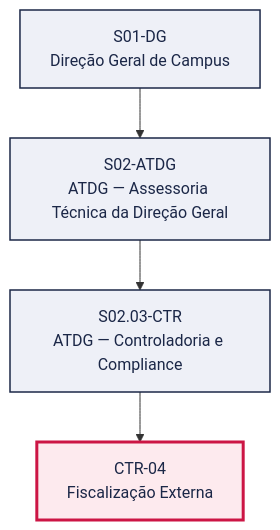
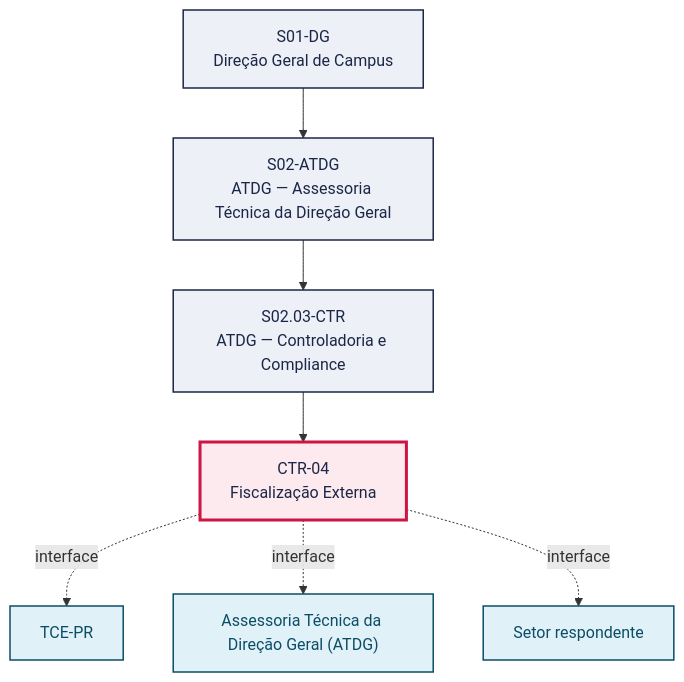
Before and after one commit to jessefers/canvas-vivo-atdg: the first of 2 diagrams in pops/CTR/CTR-04.md, drawn with Mermaid. The commit also changed other lines of this file and 61 other files, not shown here.

````diff
--- a/pops/CTR/CTR-04.md
+++ b/pops/CTR/CTR-04.md
@@ -49,15 +49,22 @@
 ```mermaid
 graph TD
   S01_DG["S01-DG<br/>Direção Geral de Campus"]
   S02_ATDG["S02-ATDG<br/>ATDG — Assessoria Técnica da Direção Geral"]
   S01_DG --> S02_ATDG
   S02_03_CTR["S02.03-CTR<br/>ATDG — Controladoria e Compliance"]
   S02_ATDG --> S02_03_CTR
   P["CTR-04<br/>Fiscalização Externa"]
   S02_03_CTR --> P
+  V1["TCE-PR"]
+  P -. interface .-> V1
+  V2["Assessoria Técnica da Direção Geral (ATDG)"]
+  P -. interface .-> V2
+  V3["Setor respondente"]
+  P -. interface .-> V3
   classDef setor fill:#EEF0F7,stroke:#1B2747,stroke-width:1.5px,color:#1B2747
   classDef destaque fill:#FDEAEE,stroke:#CC1544,stroke-width:3px,color:#1B2747
   classDef vizinho fill:#E0F2F8,stroke:#0B4D66,stroke-width:1.5px,color:#0B4D66
   class S01_DG,S02_ATDG,S02_03_CTR setor
   class P destaque
+  class V1,V2,V3 vizinho
 ```
````
